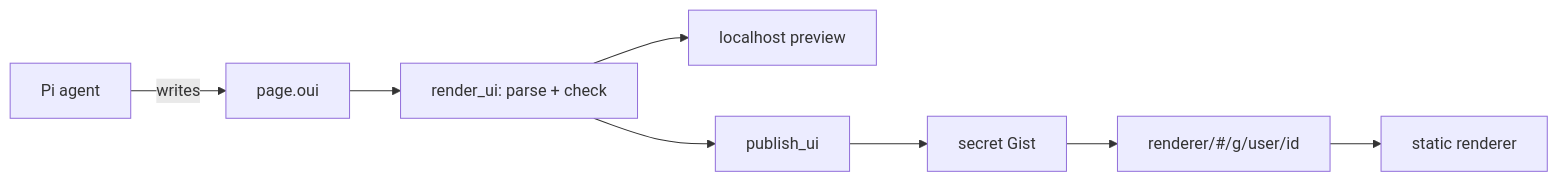
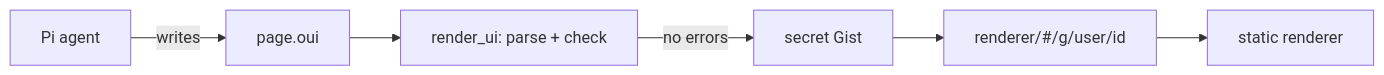
One commit to ssiyad/pi-oui changed the diagram in README.md. Above: the diagram before and after it, drawn with Mermaid. The commit also changed other lines of this file and 24 other files, not shown here.

First line of the commit message:
feat!: publish pages from render_ui and remove the local preview

````diff
--- a/README.md
+++ b/README.md
@@ -62,9 +60,7 @@
 ```mermaid
 flowchart LR
     Agent["Pi agent"] -->|writes| Page["page.oui"]
     Page --> Check["render_ui: parse + check"]
-    Check --> Preview["localhost preview"]
-    Check --> Publish["publish_ui"]
-    Publish --> Gist["secret Gist"] --> Link["renderer/#/g/user/id"]
+    Check -->|no errors| Gist["secret Gist"] --> Link["renderer/#/g/user/id"]
     Link --> Renderer["static renderer"]
 ```
````
